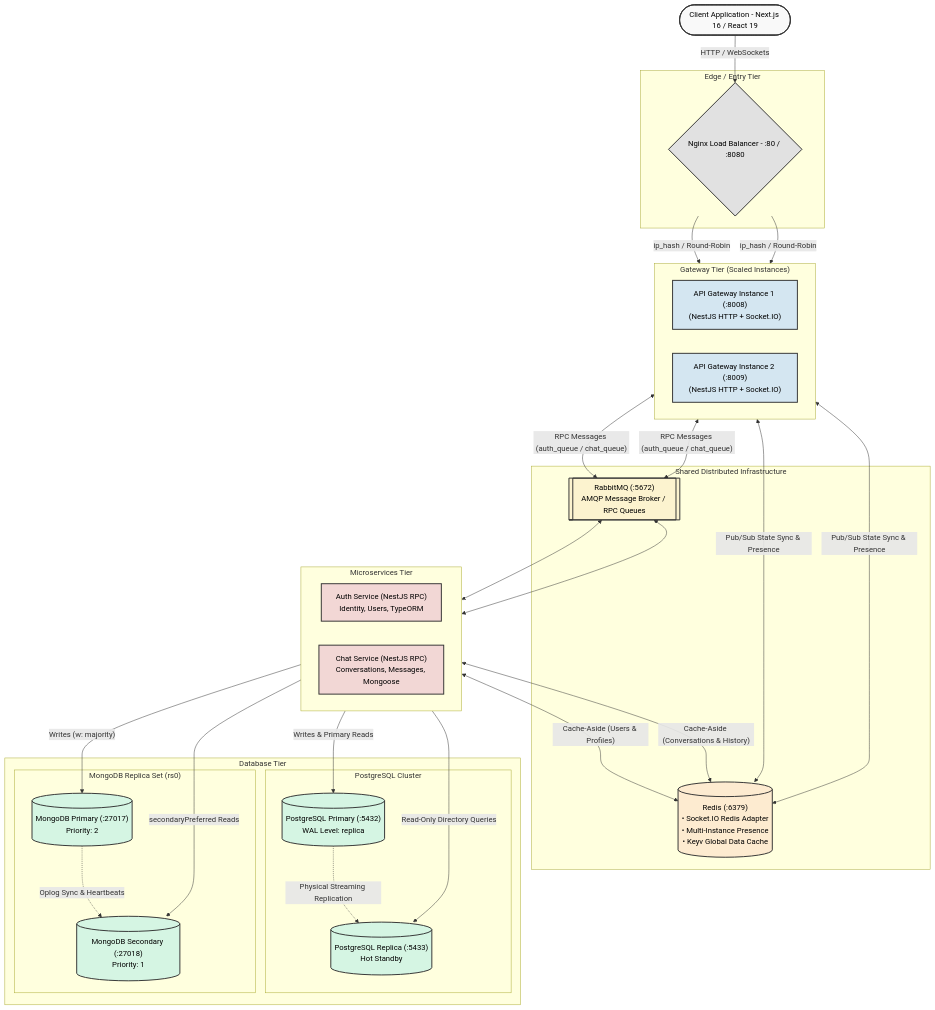
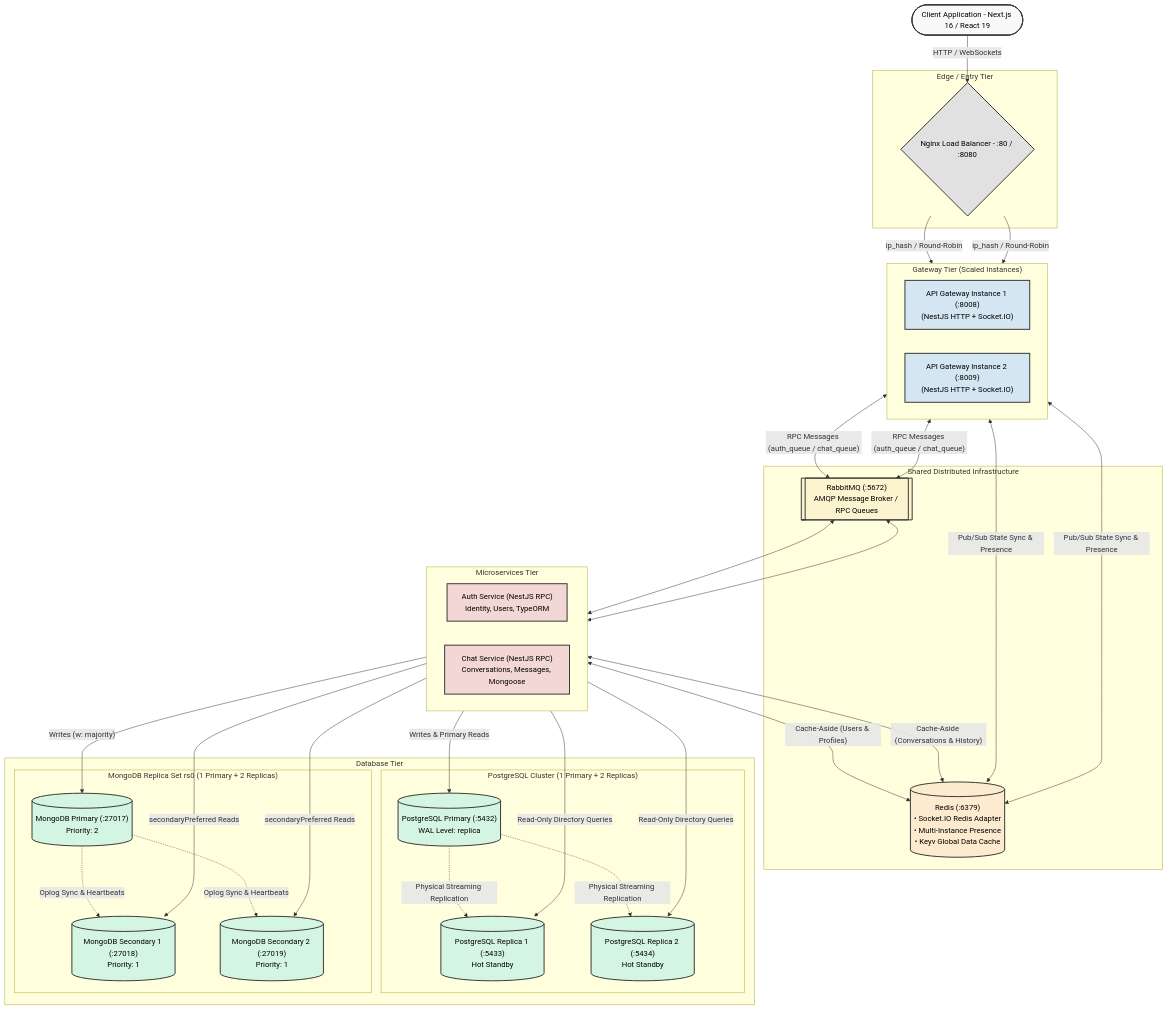
The first of 6 diagrams in distributed_system_report.md (vunhat0501/messenger-clone-microservice), drawn with Mermaid before and after one commit. The commit also changed 28 other files, not shown here.

````diff
--- a/distributed_system_report.md
+++ b/distributed_system_report.md
@@ -46,14 +46,16 @@
   end
 
   subgraph Databases ["Database Tier"]
-    subgraph RelationalDB ["PostgreSQL Cluster"]
+    subgraph RelationalDB ["PostgreSQL Cluster (1 Primary + 2 Replicas)"]
       SQL_Pri[("PostgreSQL Primary (:5432)<br/>WAL Level: replica")]:::db
-      SQL_Rep[("PostgreSQL Replica (:5433)<br/>Hot Standby")]:::db
+      SQL_Rep[("PostgreSQL Replica 1 (:5433)<br/>Hot Standby")]:::db
+      SQL_Rep2[("PostgreSQL Replica 2 (:5434)<br/>Hot Standby")]:::db
     end
 
-    subgraph DocumentDB ["MongoDB Replica Set (rs0)"]
+    subgraph DocumentDB ["MongoDB Replica Set rs0 (1 Primary + 2 Replicas)"]
       NoSQL_Pri[("MongoDB Primary (:27017)<br/>Priority: 2")]:::db
-      NoSQL_Rep[("MongoDB Secondary (:27018)<br/>Priority: 1")]:::db
+      NoSQL_Rep[("MongoDB Secondary 1 (:27018)<br/>Priority: 1")]:::db
+      NoSQL_Rep2[("MongoDB Secondary 2 (:27019)<br/>Priority: 1")]:::db
     end
   end
 
@@ -82,10 +84,14 @@
   %% Services to Relational Database
   AuthSvc -->|"Writes & Primary Reads"| SQL_Pri
   AuthSvc -->|"Read-Only Directory Queries"| SQL_Rep
+  AuthSvc -->|"Read-Only Directory Queries"| SQL_Rep2
   SQL_Pri -.->|"Physical Streaming Replication"| SQL_Rep
+  SQL_Pri -.->|"Physical Streaming Replication"| SQL_Rep2
 
   %% Services to Document Database
   ChatSvc -->|"Writes (w: majority)"| NoSQL_Pri
   ChatSvc -->|"secondaryPreferred Reads"| NoSQL_Rep
+  ChatSvc -->|"secondaryPreferred Reads"| NoSQL_Rep2
   NoSQL_Pri -.->|"Oplog Sync & Heartbeats"| NoSQL_Rep
+  NoSQL_Pri -.->|"Oplog Sync & Heartbeats"| NoSQL_Rep2
 ```
````
